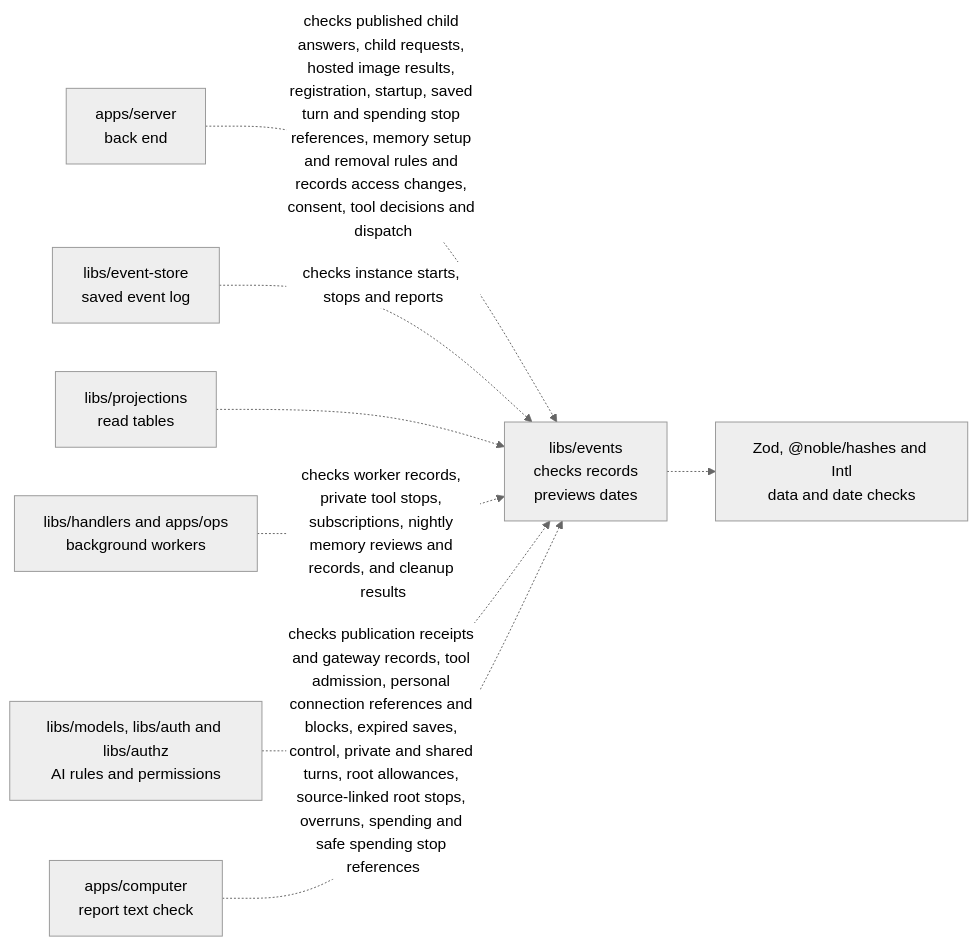
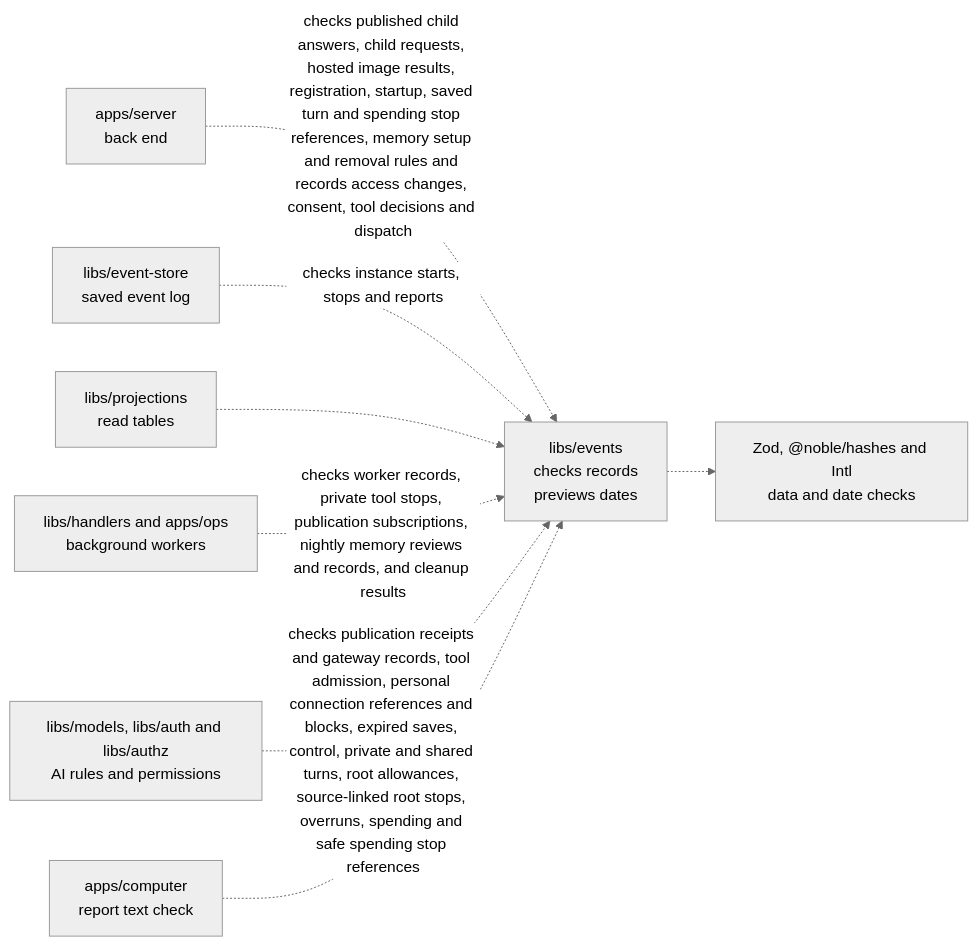
The diagram in libs/events/README.md (elewa-git/opencrane-new), drawn with Mermaid (neutral theme) before and after one commit. The commit also changed other lines of this file and 33 other files, not shown here.

````diff
--- a/libs/events/README.md
+++ b/libs/events/README.md
@@ -27,10 +27,10 @@
 ```mermaid
 flowchart LR
   server["apps/server<br/>back end"] -.->|checks published child answers, child requests, hosted image results, registration, startup, saved turn and spending stop references, memory setup and removal rules and records access changes, consent, tool decisions and dispatch| events["libs/events<br/>checks records<br/>previews dates"]
   store["libs/event-store<br/>saved event log"] -.->|checks instance starts, stops and reports| events
   projections["libs/projections<br/>read tables"] -.-> events
-  workers["libs/handlers and apps/ops<br/>background workers"] -.->|checks worker records, private tool stops, subscriptions, nightly memory reviews and records, and cleanup results| events
+  workers["libs/handlers and apps/ops<br/>background workers"] -.->|checks worker records, private tool stops, publication subscriptions, nightly memory reviews and records, and cleanup results| events
   others["libs/models, libs/auth and libs/authz<br/>AI rules and permissions"] -.->|checks publication receipts and gateway records, tool admission, personal connection references and blocks, expired saves, control, private and shared turns, root allowances, source-linked root stops, overruns, spending and safe spending stop references| events
   computer["apps/computer<br/>report text check"] -.-> events
   events -.-> checks["Zod, @noble/hashes and Intl<br/>data and date checks"]
 ```
````
